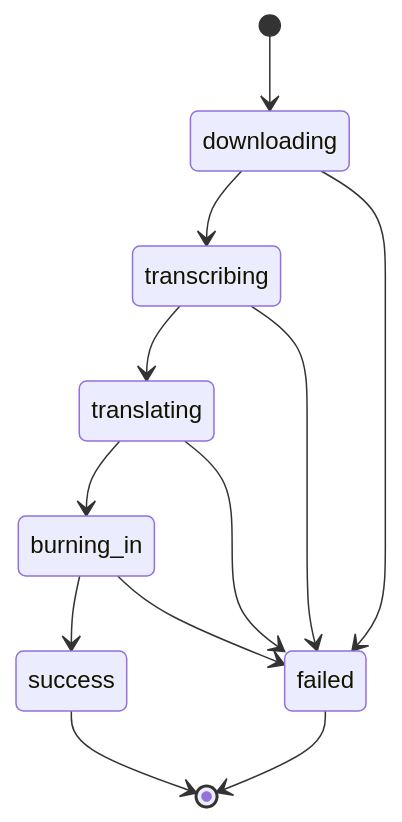
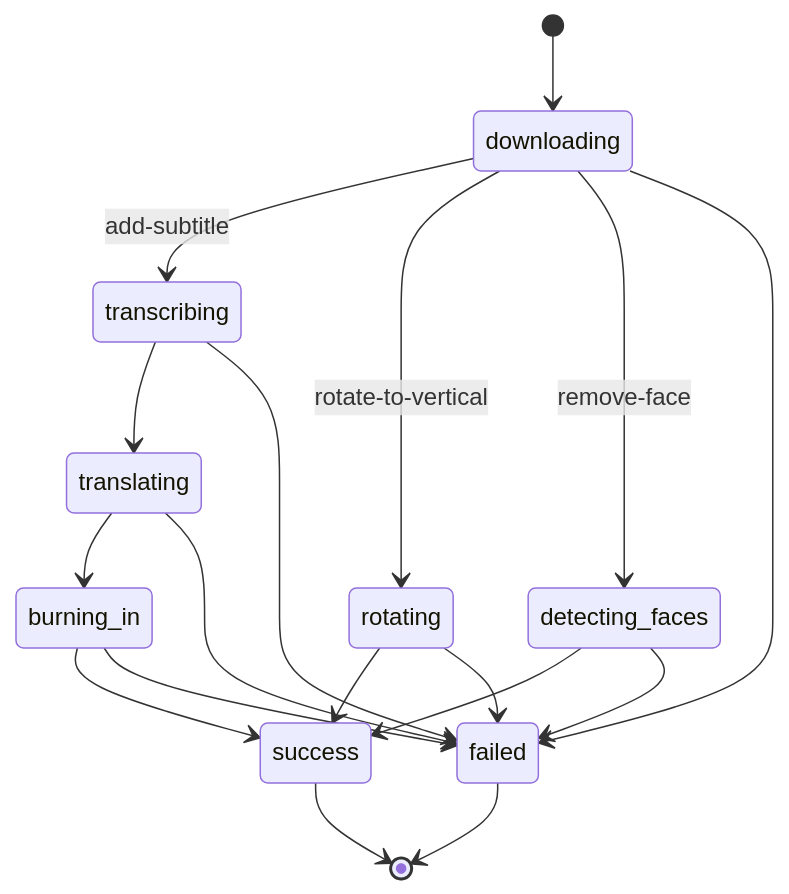
The diagram in content/src/services/video-action/status.md (zcqqq/uniscrm-web), drawn with Mermaid before and after one commit. The commit also changed 3 other files, not shown here.

````diff
--- a/content/src/services/video-action/status.md
+++ b/content/src/services/video-action/status.md
@@ -3,14 +3,20 @@
 ```mermaid
 stateDiagram-v2
     [*] --> downloading
-    downloading --> transcribing
+    downloading --> transcribing: add-subtitle
     transcribing --> translating
     translating --> burning_in
     burning_in --> success
+    downloading --> rotating: rotate-to-vertical
+    rotating --> success
+    downloading --> detecting_faces: remove-face
+    detecting_faces --> success
     downloading --> failed
     transcribing --> failed
     translating --> failed
     burning_in --> failed
+    rotating --> failed
+    detecting_faces --> failed
     success --> [*]
     failed --> [*]
 ```
````
